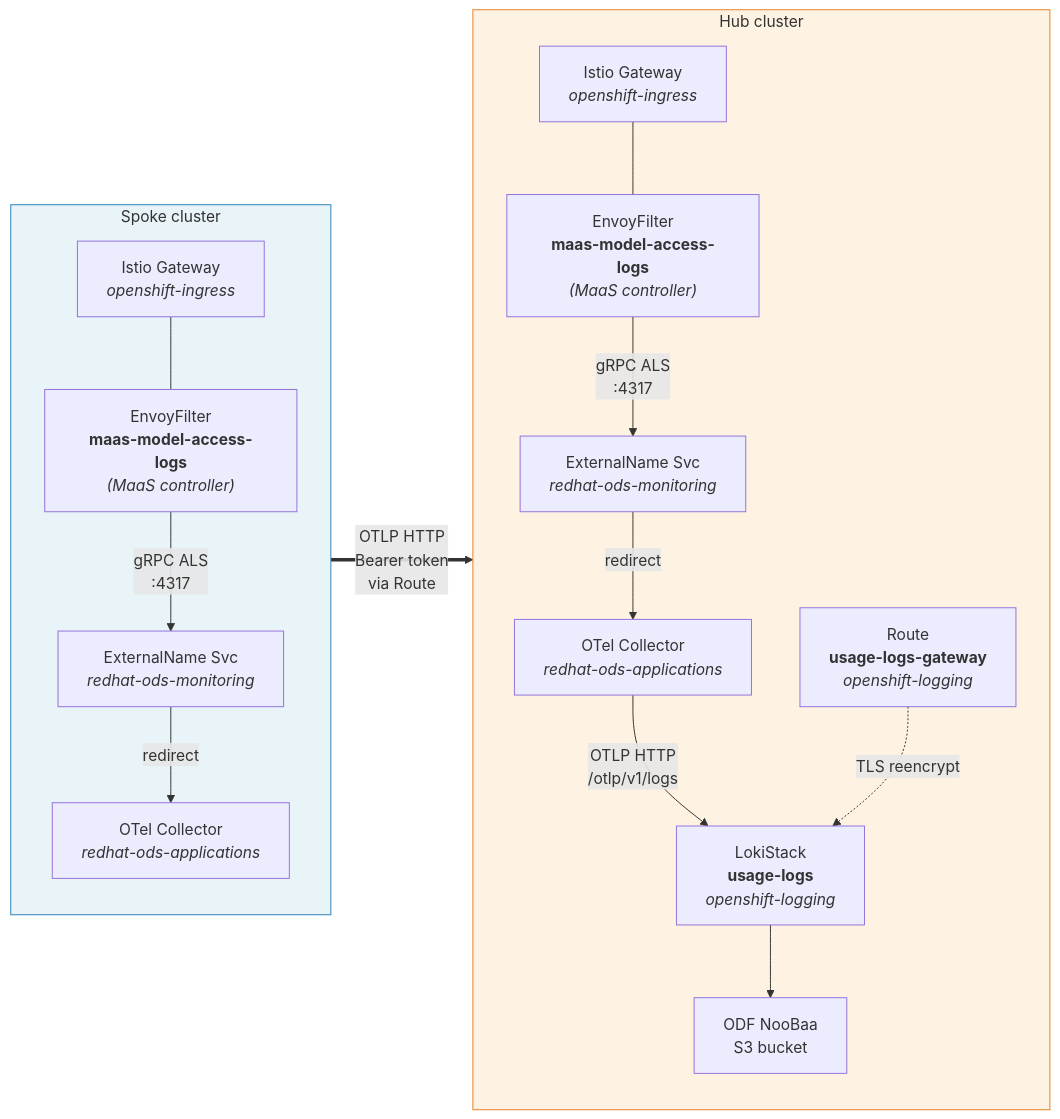
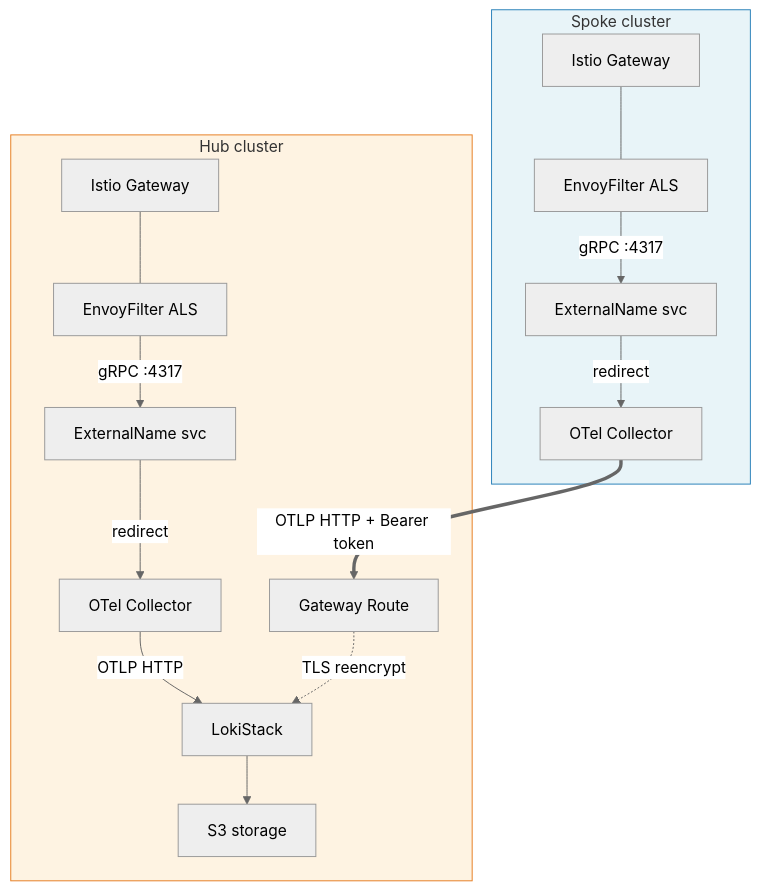
One commit to mpaulgreen/osac-gitops changed the first of 2 diagrams in docs/federated-logging.md. Above: the diagram before and after it, drawn with Mermaid. The commit also changed other lines of this file, not shown here.

First line of the commit message:
Improve mermaid diagram readability and fix verification section

````diff
--- a/docs/federated-logging.md
+++ b/docs/federated-logging.md
@@ -29,35 +29,23 @@
 ```mermaid
-flowchart LR
+%%{init: {'theme': 'neutral', 'themeVariables': {'fontSize': '16px'}}}%%
+flowchart TB
     subgraph spoke["Spoke cluster"]
-        direction TB
-        S_GW["Istio Gateway<br/><i>openshift-ingress</i>"]
-        S_EF["EnvoyFilter<br/><b>maas-model-access-logs</b><br/><i>(MaaS controller)</i>"]
-        S_EXT["ExternalName Svc<br/><i>redhat-ods-monitoring</i>"]
-        S_OTEL["OTel Collector<br/><i>redhat-ods-applications</i>"]
-        S_GW --- S_EF
-        S_EF -->|"gRPC ALS<br/>:4317"| S_EXT
-        S_EXT -->|redirect| S_OTEL
+        S_GW[Istio Gateway] --- S_EF[EnvoyFilter ALS]
+        S_EF -->|"gRPC :4317"| S_EXT[ExternalName svc]
+        S_EXT -->|redirect| S_OTEL[OTel Collector]
     end
 
     subgraph hub["Hub cluster"]
-        direction TB
-        H_GW["Istio Gateway<br/><i>openshift-ingress</i>"]
-        H_EF["EnvoyFilter<br/><b>maas-model-access-logs</b><br/><i>(MaaS controller)</i>"]
-        H_EXT["ExternalName Svc<br/><i>redhat-ods-monitoring</i>"]
-        H_OTEL["OTel Collector<br/><i>redhat-ods-applications</i>"]
-        H_ROUTE["Route<br/><b>usage-logs-gateway</b><br/><i>openshift-logging</i>"]
-        H_LOKI["LokiStack<br/><b>usage-logs</b><br/><i>openshift-logging</i>"]
-        H_S3["ODF NooBaa<br/>S3 bucket"]
-        H_GW --- H_EF
-        H_EF -->|"gRPC ALS<br/>:4317"| H_EXT
-        H_EXT -->|redirect| H_OTEL
-        H_OTEL -->|"OTLP HTTP<br/>/otlp/v1/logs"| H_LOKI
-        H_ROUTE -.->|"TLS reencrypt"| H_LOKI
-        H_LOKI --> H_S3
+        H_GW[Istio Gateway] --- H_EF[EnvoyFilter ALS]
+        H_EF -->|"gRPC :4317"| H_EXT[ExternalName svc]
+        H_EXT -->|redirect| H_OTEL[OTel Collector]
+        H_OTEL -->|"OTLP HTTP"| H_LOKI[LokiStack]
+        H_ROUTE[Gateway Route] -.->|"TLS reencrypt"| H_LOKI
+        H_LOKI --> H_S3[S3 storage]
     end
 
-    S_OTEL ==>|"OTLP HTTP<br/>Bearer token<br/>via Route"| H_ROUTE
+    S_OTEL ==>|"OTLP HTTP + Bearer token"| H_ROUTE
 
     style spoke fill:#e8f4f8,stroke:#2980b9
     style hub fill:#fef3e2,stroke:#e67e22
 ```
````
